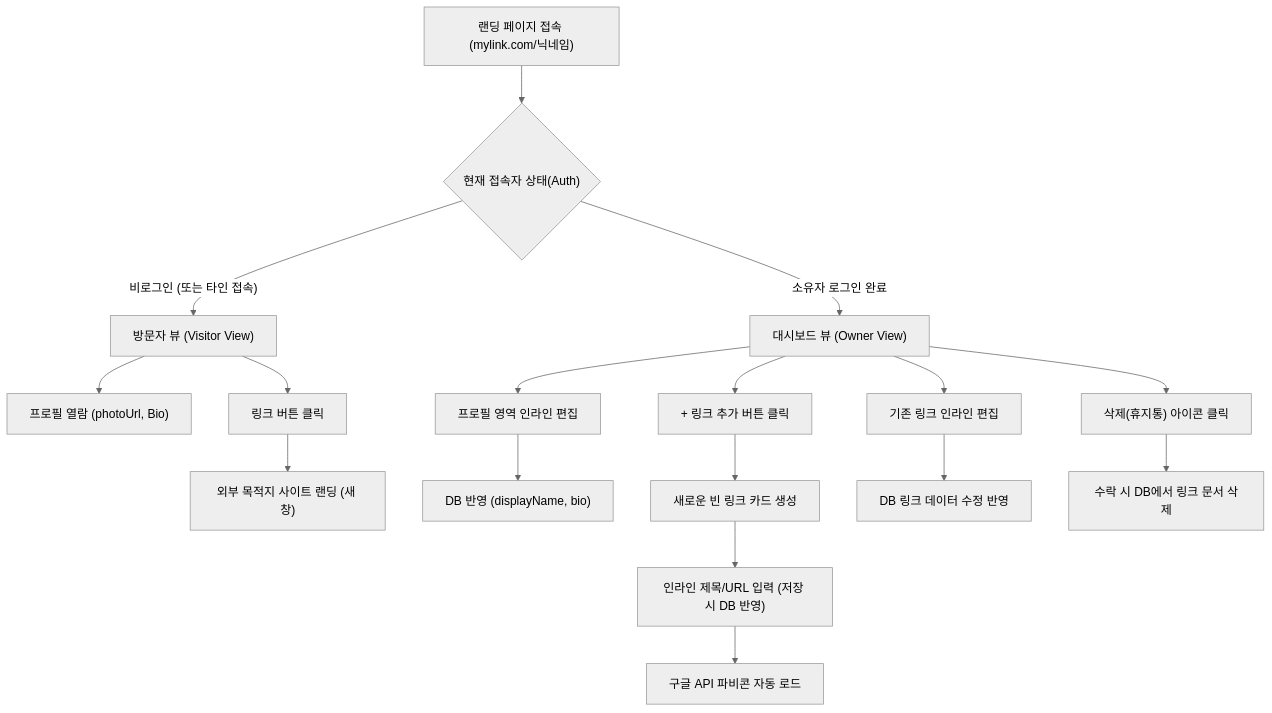
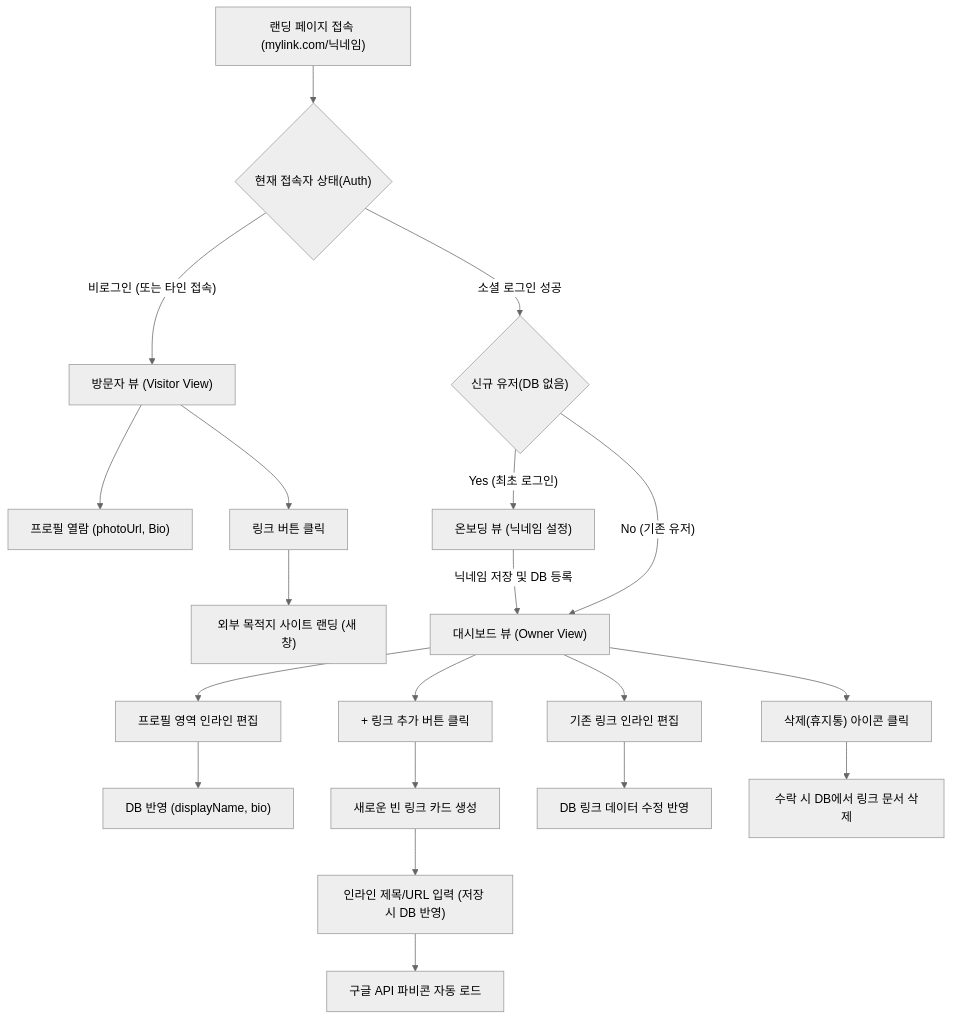
The diagram in docs/wireframes.md (jkh02/mylink), drawn with Mermaid (neutral theme) before and after one commit. The commit also changed other lines of this file and 2 other files, not shown here.

First line of the commit message:
docs: 마이링크 신규 유저 온보딩(닉네임 설정) 절차 기획 문서 반영

````diff
--- a/docs/wireframes.md
+++ b/docs/wireframes.md
@@ -105,26 +137,30 @@
 ```mermaid
 graph TD
     A["랜딩 페이지 접속 (mylink.com/닉네임)"] --> B{"현재 접속자 상태(Auth)"}
     
     %% 분기 1: 단순 방문자
     B -- "비로그인 (또는 타인 접속)" --> C["방문자 뷰 (Visitor View)"]
     C --> C1["프로필 열람 (photoUrl, Bio)"]
     C --> C2["링크 버튼 클릭"]
     C2 --> C3["외부 목적지 사이트 랜딩 (새 창)"]
     
     %% 분기 2: 소유자 대시보드
-    B -- "소유자 로그인 완료" --> D["대시보드 뷰 (Owner View)"]
+    B -- "소셜 로그인 성공" --> O{"신규 유저(DB 없음)"}
+    O -- "Yes (최초 로그인)" --> P["온보딩 뷰 (닉네임 설정)"]
+    P -- "닉네임 저장 및 DB 등록" --> D["대시보드 뷰 (Owner View)"]
+    O -- "No (기존 유저)" --> D
+    
     D --> E["프로필 영역 인라인 편집"]
     E --> F["DB 반영 (displayName, bio)"]
     
     D --> G["+ 링크 추가 버튼 클릭"]
     G --> H["새로운 빈 링크 카드 생성"]
     H --> I["인라인 제목/URL 입력 (저장 시 DB 반영)"]
     I --> J["구글 API 파비콘 자동 로드"]
 
     D --> K["기존 링크 인라인 편집"]
     K --> L["DB 링크 데이터 수정 반영"]
 
     D --> M["삭제(휴지통) 아이콘 클릭"]
     M --> N["수락 시 DB에서 링크 문서 삭제"]
 ```
````
